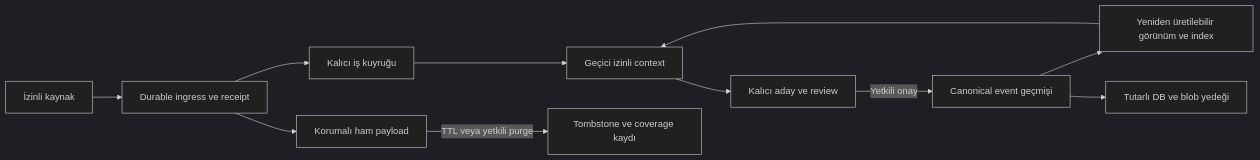
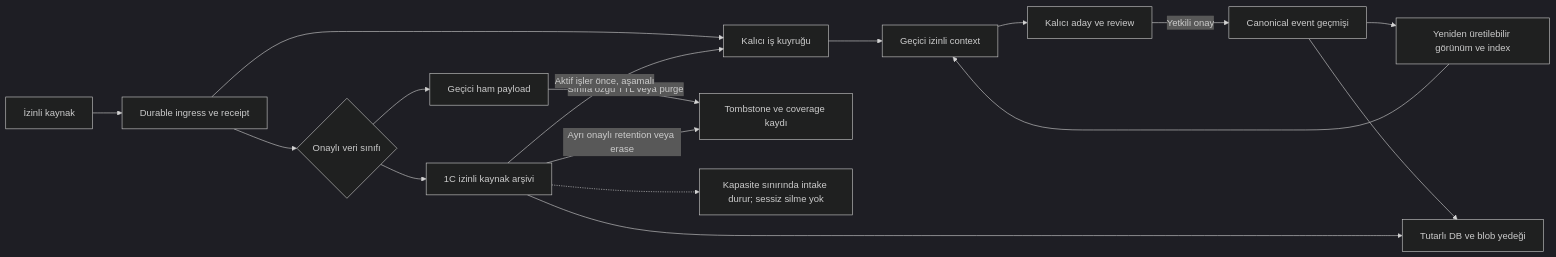
The diagram in docs/architecture/storage-memory-capacity.md (alphanAkbulut/decivora), drawn with Mermaid (dark theme) before and after one commit. The commit also changed 15 other files, not shown here.

Commit message:
docs: align diagrams and define administration and operations

````diff
--- a/docs/architecture/storage-memory-capacity.md
+++ b/docs/architecture/storage-memory-capacity.md
@@ -20,13 +20,19 @@
 ```mermaid
 flowchart LR
     SRC[İzinli kaynak] --> IN[Durable ingress ve receipt]
-    IN --> RAW[Korumalı ham payload]
+    IN --> CLASS{Onaylı veri sınıfı}
+    CLASS --> TMP[Geçici ham payload]
+    CLASS --> ARCH[1C izinli kaynak arşivi]
     IN --> JOB[Kalıcı iş kuyruğu]
     JOB --> CTX[Geçici izinli context]
     CTX --> PROP[Kalıcı aday ve review]
     PROP -->|Yetkili onay| EV[Canonical event geçmişi]
     EV --> VIEW[Yeniden üretilebilir görünüm ve index]
     VIEW --> CTX
-    RAW -->|TTL veya yetkili purge| DEL[Tombstone ve coverage kaydı]
+    TMP -->|Sınıfa özgü TTL veya purge| DEL[Tombstone ve coverage kaydı]
+    ARCH -->|Ayrı onaylı retention veya erase| DEL
+    ARCH -->|Aktif işler önce, aşamalı| JOB
+    ARCH -.-> LIMIT[Kapasite sınırında intake durur; sessiz silme yok]
     EV --> BK[Tutarlı DB ve blob yedeği]
+    ARCH --> BK
 ```
````
